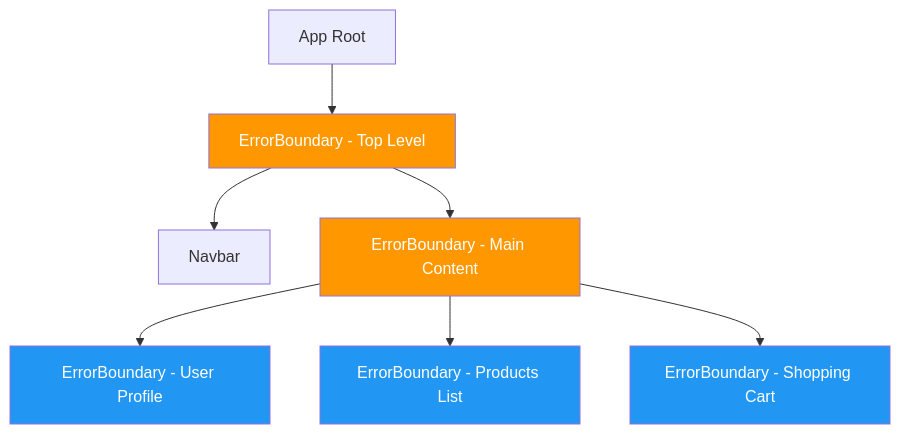
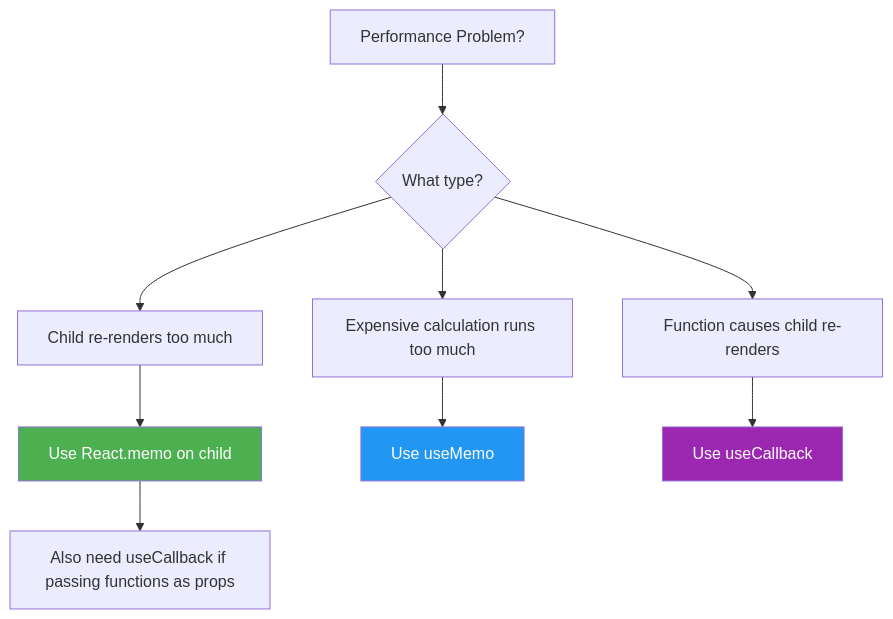
The second of 2 diagrams in React/week_10/class_1/README.md (Maksof-waqarahmed/Web-Development-2-ReactJs), drawn with Mermaid before and after one commit. The commit also changed other lines of this file and 25 other files, not shown here.

````diff
--- a/React/week_10/class_1/README.md
+++ b/React/week_10/class_1/README.md
@@ -264,15 +360,14 @@
 ```mermaid
-graph TD
-    A[App Root] --> B[ErrorBoundary - Top Level]
-    B --> C[Navbar]
-    B --> D[ErrorBoundary - Main Content]
-    D --> E[ErrorBoundary - User Profile]
-    D --> F[ErrorBoundary - Products List]
-    D --> G[ErrorBoundary - Shopping Cart]
-
-    style B fill:#ff9800,color:#fff
-    style D fill:#ff9800,color:#fff
-    style E fill:#2196f3,color:#fff
-    style F fill:#2196f3,color:#fff
+flowchart TD
+    A[Performance Problem?] --> B{What type?}
+    B --> C[Child re-renders too much]
+    B --> D[Expensive calculation runs too much]
+    B --> E[Function causes child re-renders]
+    C --> F[Use React.memo on child]
+    D --> G[Use useMemo]
+    E --> H[Use useCallback]
+    F --> I[Also need useCallback if passing functions as props]
+    style F fill:#4caf50,color:#fff
     style G fill:#2196f3,color:#fff
+    style H fill:#9c27b0,color:#fff
 ```
````
